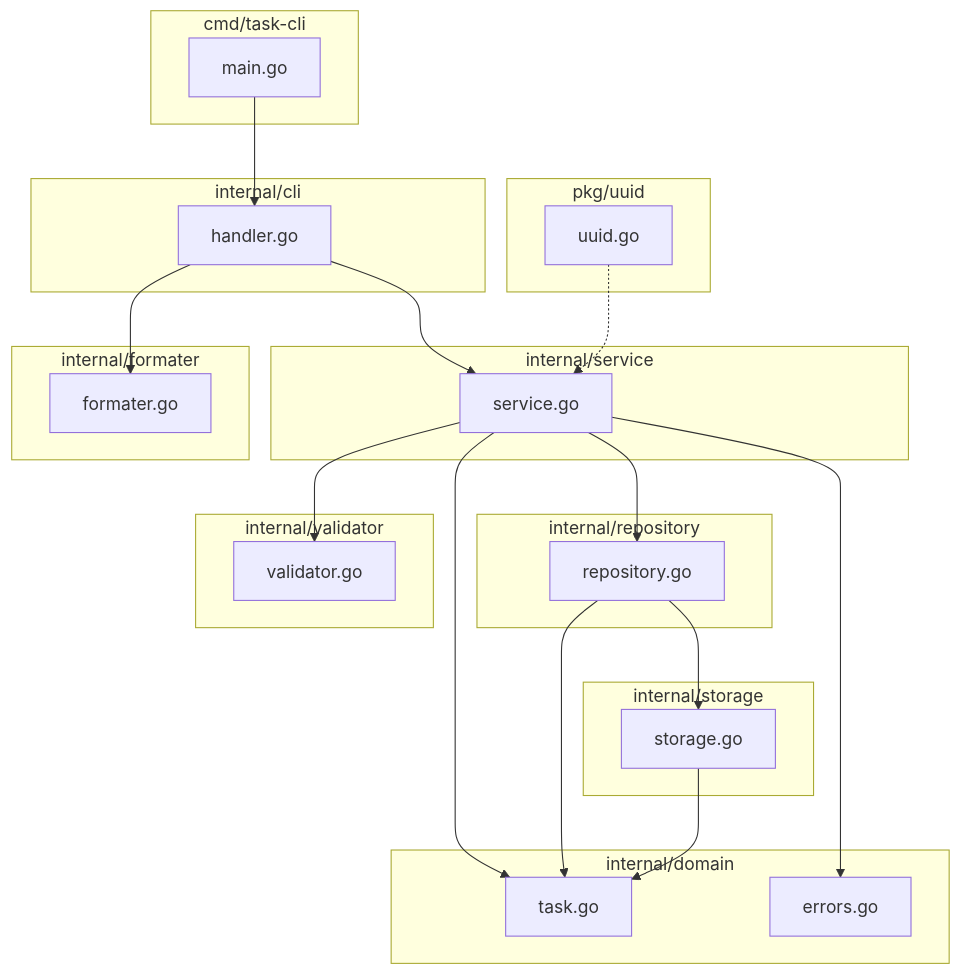
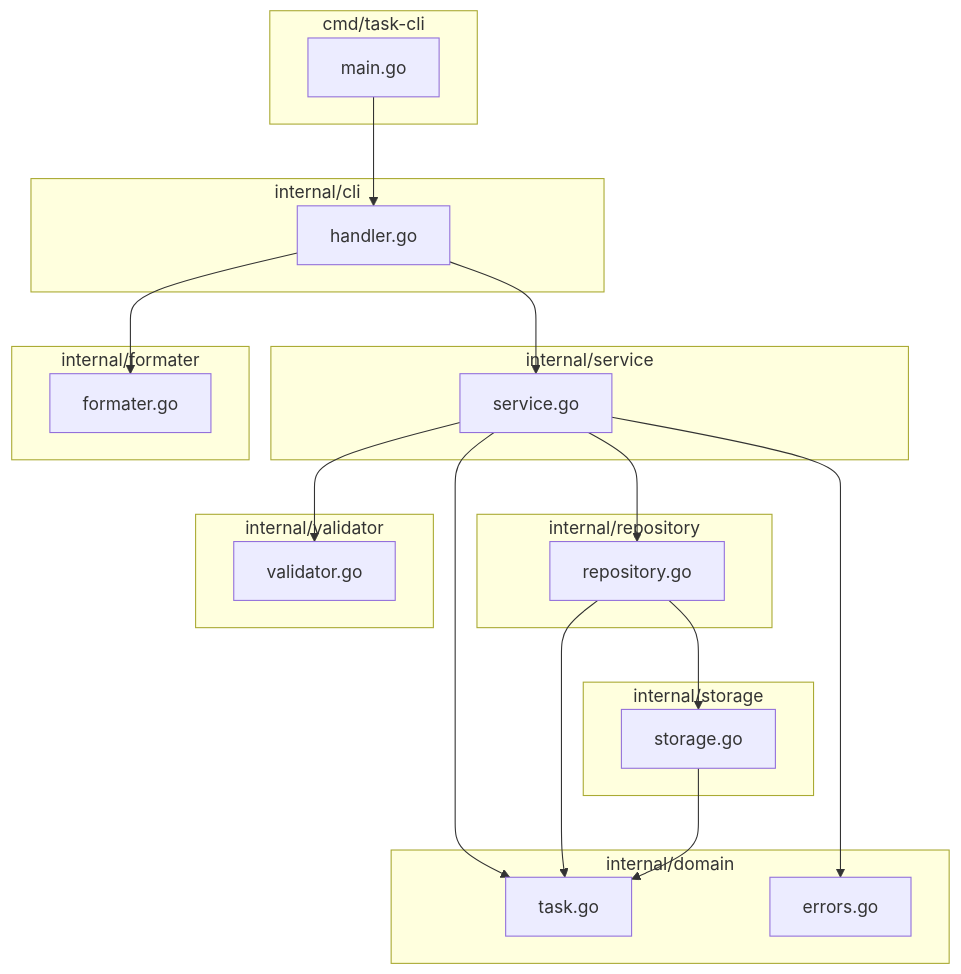
Before and after one commit to mmk31585/task-cli: the fifth of 10 diagrams in docs/software-design-document.md, drawn with Mermaid. The commit also changed other lines of this file and 7 other files, not shown here.

````diff
--- a/docs/software-design-document.md
+++ b/docs/software-design-document.md
@@ -718,43 +716,38 @@
 ```mermaid
 graph TD
     subgraph "cmd/task-cli"
         main[main.go]
     end
     subgraph "internal/cli"
         handler[handler.go]
     end
     subgraph "internal/service"
         svc[service.go]
     end
     subgraph "internal/repository"
         repo[repository.go]
     end
     subgraph "internal/storage"
         store[storage.go]
     end
     subgraph "internal/domain"
         task[task.go]
         errors[errors.go]
     end
     subgraph "internal/validator"
         val[validator.go]
     end
     subgraph "internal/formater"
         fmt[formater.go]
     end
-    subgraph "pkg/uuid"
-        uuid[uuid.go]
-    end
-
     main --> handler
     handler --> svc
     handler --> fmt
     svc --> repo
     svc --> val
     svc --> task
     svc --> errors
     repo --> store
     repo --> task
     store --> task
-    uuid -.-> svc
 ```
````
